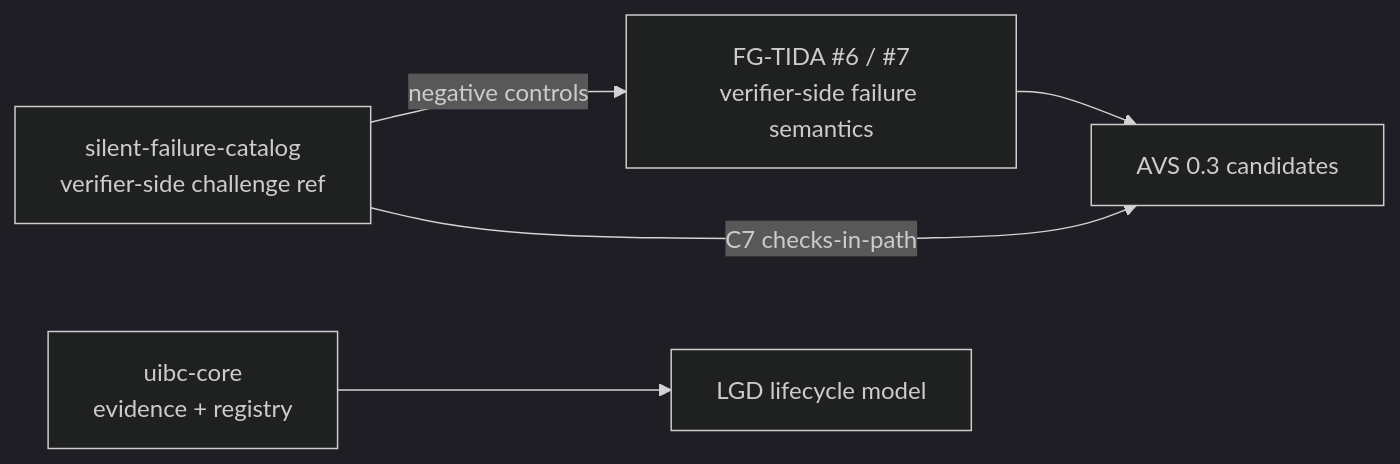
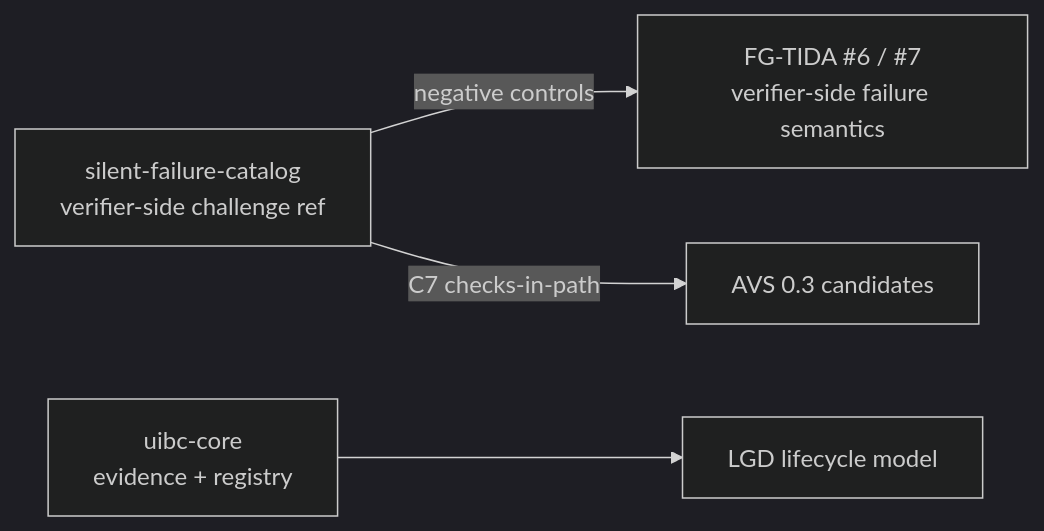
Before and after one commit to zhaoxinghua09-cell/zhaoxinghua09-cell: the diagram in README.md, drawn with Mermaid (dark theme). The commit also changed other lines of this file, not shown here.

````diff
--- a/README.md
+++ b/README.md
@@ -36,7 +35,6 @@
 ```mermaid
 graph LR
   A[silent-failure-catalog<br/>verifier-side challenge ref] -->|negative controls| B[FG-TIDA #6 / #7<br/>verifier-side failure semantics]
   C[uibc-core<br/>evidence + registry] --> D[LGD lifecycle model]
   A -->|C7 checks-in-path| E[AVS 0.3 candidates]
-  B --> E
 ```
````
